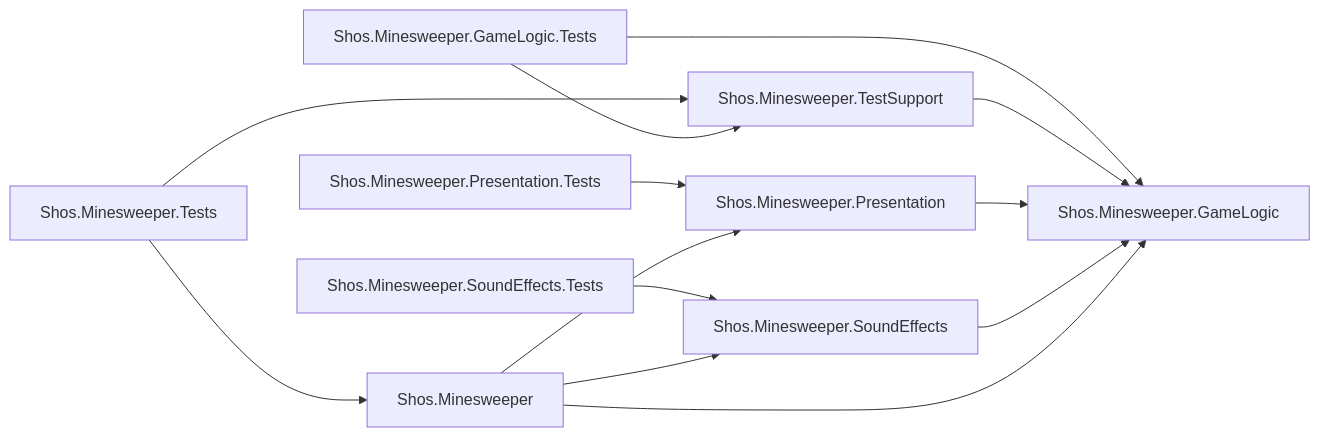
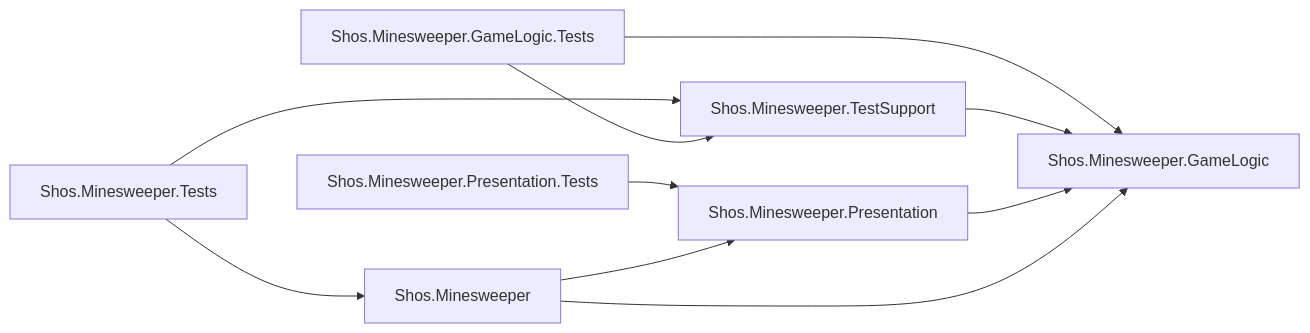
One commit to Fujiwo/Shos.Minesweeper changed the second of 12 diagrams in docs/04-architecture.md. Above: the diagram before and after it, drawn with Mermaid. The commit also changed other lines of this file and 2 other files, not shown here.

Commit message:
docs: Update architecture review for version 1.1.0, reflecting user feedback and clarifying sound effect implementation details

````diff
--- a/docs/04-architecture.md
+++ b/docs/04-architecture.md
@@ -124,15 +121,12 @@
 ```mermaid
 flowchart LR
     Tests["Shos.Minesweeper.Tests"] --> AppProject["Shos.Minesweeper"]
     Tests --> TestSupport["Shos.Minesweeper.TestSupport"]
     GameLogicTests["Shos.Minesweeper.GameLogic.Tests"] --> GameLogic["Shos.Minesweeper.GameLogic"]
     GameLogicTests --> TestSupport
     TestSupport --> GameLogic
     PresentationTests["Shos.Minesweeper.Presentation.Tests"] --> Presentation["Shos.Minesweeper.Presentation"]
-    SoundEffectsTests["Shos.Minesweeper.SoundEffects.Tests"] --> SoundEffects["Shos.Minesweeper.SoundEffects"]
     AppProject --> Presentation
-    AppProject --> SoundEffects
     Presentation --> GameLogic
-    SoundEffects --> GameLogic
     AppProject --> GameLogic
 ```
````
